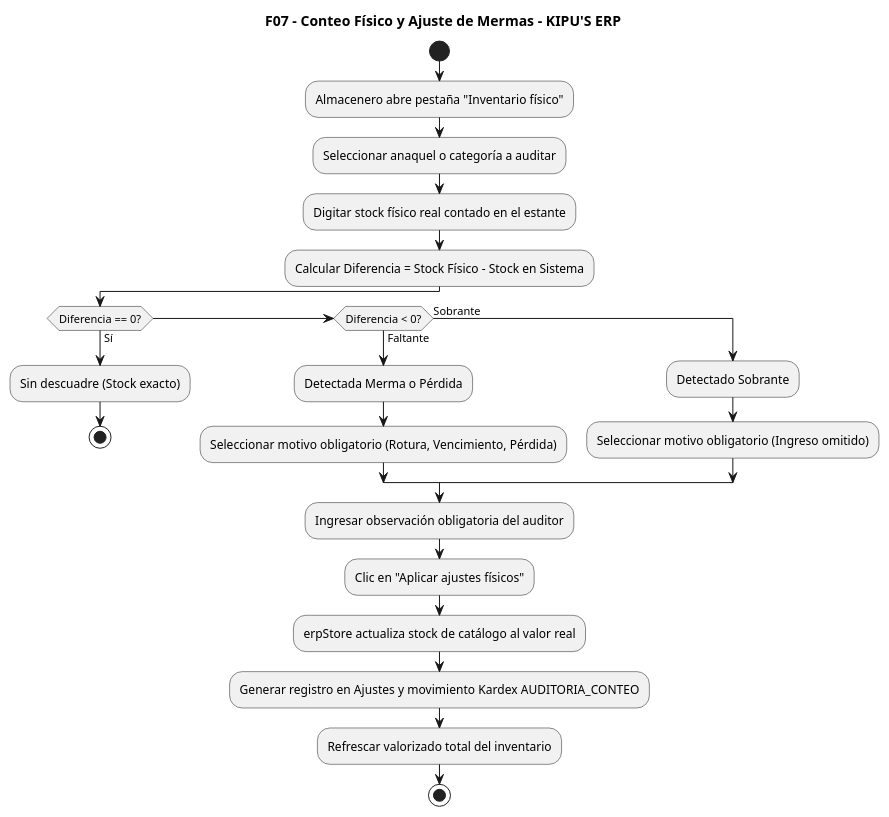
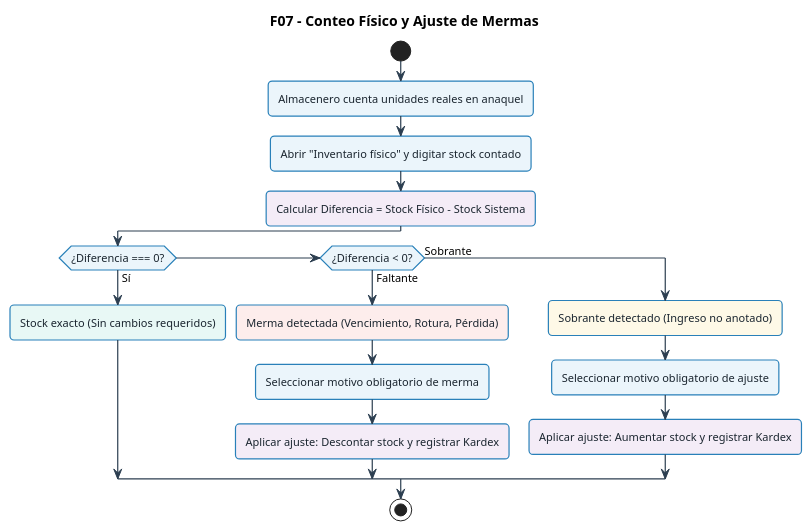
The diagram in docs/UML-flujos/07_conteo_fisico_ajustes.puml (xmenil/ERP-KIPUS), drawn with PlantUML before and after one commit. The commit also changed other lines of this file and 23 other files, not shown here.

Commit message:
docs(uml): simplificar flujos con estilo Bizagi BPMN coloreado y regenerar imagenes PNG

```diff
--- a/docs/UML-flujos/07_conteo_fisico_ajustes.puml
+++ b/docs/UML-flujos/07_conteo_fisico_ajustes.puml
@@ -1,30 +1,47 @@
 @startuml
-skinparam monochrome true
+skinparam defaultFontName "Segoe UI", Arial, sans-serif
+skinparam defaultFontSize 11
+skinparam roundCorner 8
 skinparam shadowing false
+skinparam ArrowColor #2C3E50
+skinparam ArrowThickness 1.2
 
-title F07 - Conteo Físico y Ajuste de Mermas - KIPU'S ERP
+skinparam activity {
+  BackgroundColor #EBF5FB
+  BorderColor #2980B9
+  BorderThickness 1.2
+  FontColor #1A252F
+}
+skinparam decision {
+  BackgroundColor #FEF9E7
+  BorderColor #F39C12
+  BorderThickness 1.2
+  FontColor #7D6608
+}
+skinparam start {
+  Color #27AE60
+}
+skinparam stop {
+  Color #C0392B
+}
+
+title F07 - Conteo Físico y Ajuste de Mermas
 
 start
-:Almacenero abre pestaña "Inventario físico";
-:Seleccionar anaquel o categoría a auditar;
-:Digitar stock físico real contado en el estante;
-:Calcular Diferencia = Stock Físico - Stock en Sistema;
+:Almacenero cuenta unidades reales en anaquel;
+:Abrir "Inventario físico" y digitar stock contado;
+#F4ECF7:Calcular Diferencia = Stock Físico - Stock Sistema;
 
-if (Diferencia == 0?) then (Sí)
-  :Sin descuadre (Stock exacto);
-  stop
-elseif (Diferencia < 0?) then (Faltante)
-  :Detectada Merma o Pérdida;
-  :Seleccionar motivo obligatorio (Rotura, Vencimiento, Pérdida);
+if (¿Diferencia === 0?) then (Sí)
+  #E8F8F5:Stock exacto (Sin cambios requeridos);
+elseif (¿Diferencia < 0?) then (Faltante)
+  #FDEDEC:Merma detectada (Vencimiento, Rotura, Pérdida);
+  :Seleccionar motivo obligatorio de merma;
+  #F4ECF7:Aplicar ajuste: Descontar stock y registrar Kardex;
 else (Sobrante)
-  :Detectado Sobrante;
-  :Seleccionar motivo obligatorio (Ingreso omitido);
+  #FEF9E7:Sobrante detectado (Ingreso no anotado);
+  :Seleccionar motivo obligatorio de ajuste;
+  #F4ECF7:Aplicar ajuste: Aumentar stock y registrar Kardex;
 endif
-
-:Ingresar observación obligatoria del auditor;
-:Clic en "Aplicar ajustes físicos";
-:erpStore actualiza stock de catálogo al valor real;
-:Generar registro en Ajustes y movimiento Kardex AUDITORIA_CONTEO;
-:Refrescar valorizado total del inventario;
 stop
 @enduml
```
